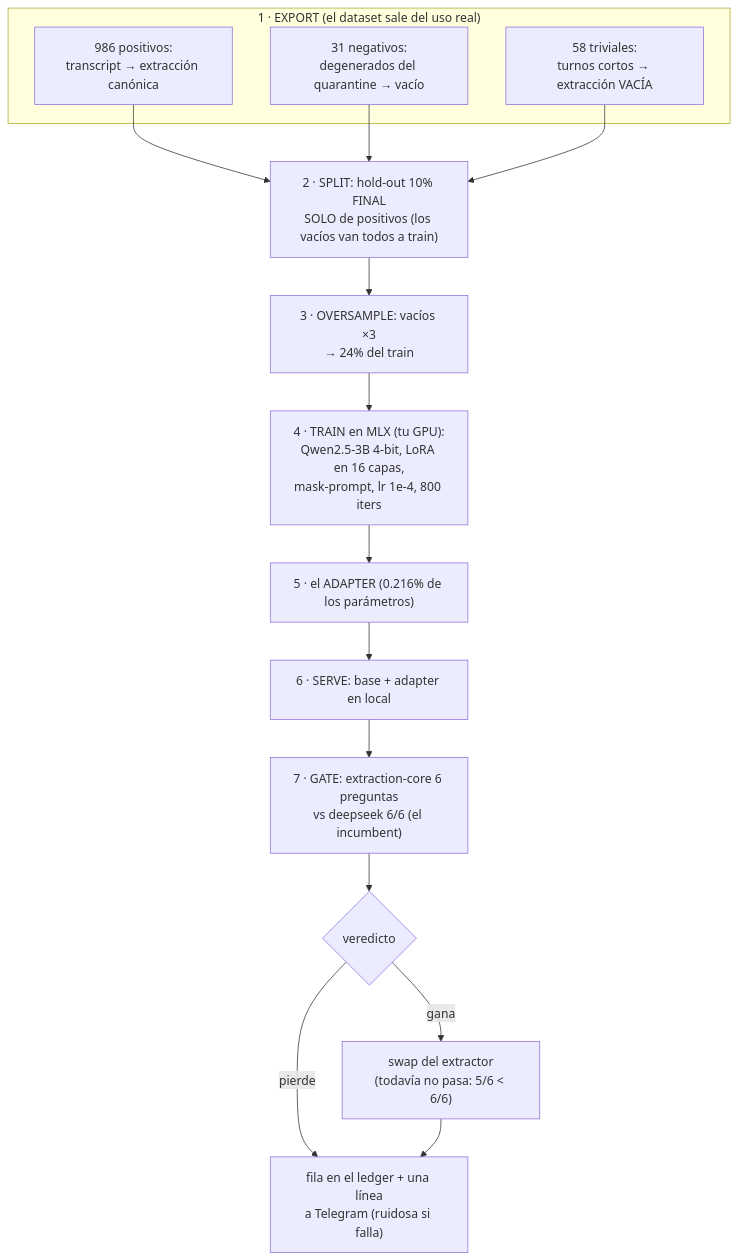
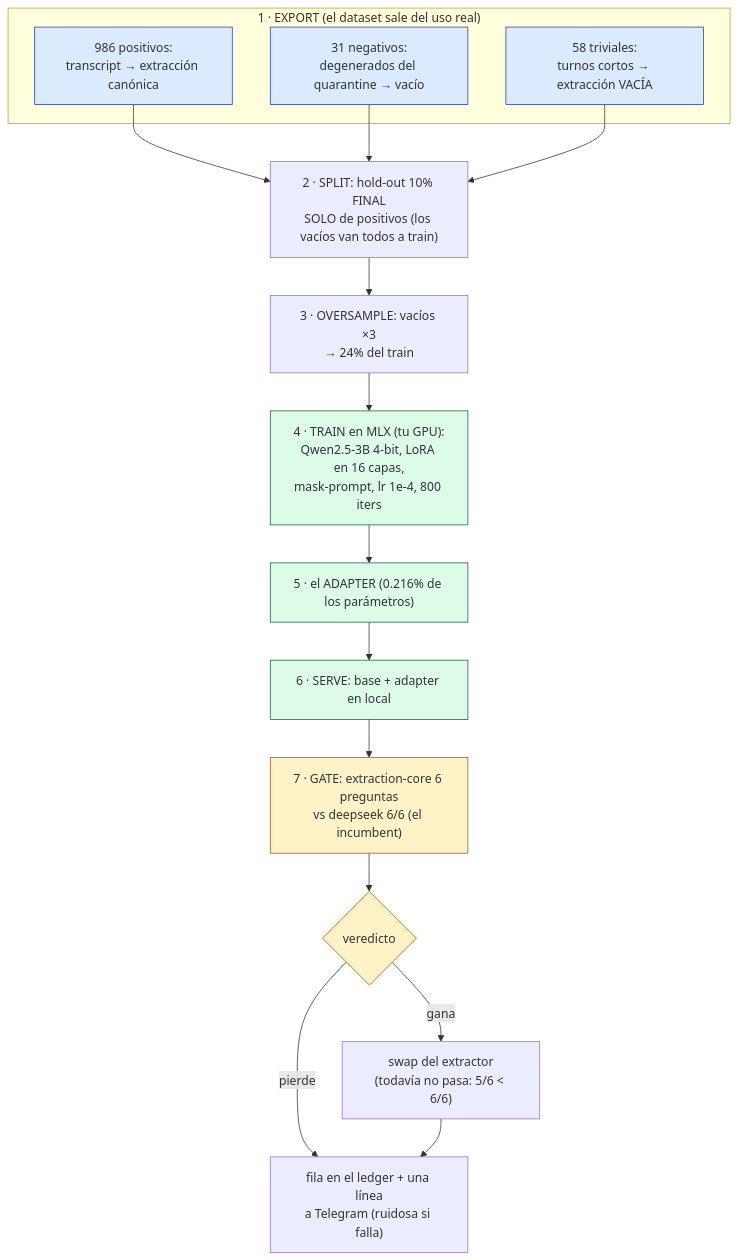
The seventh of 7 diagrams in docs/ai-engineering-mapa-y-diccionario.md (damian-rafael-lattenero/agent-brain), drawn with Mermaid before and after one commit. The commit also changed other lines of this file, not shown here.

````diff
--- a/docs/ai-engineering-mapa-y-diccionario.md
+++ b/docs/ai-engineering-mapa-y-diccionario.md
@@ -384,25 +437,32 @@
 ```mermaid
 flowchart TB
     subgraph export["1 · EXPORT (el dataset sale del uso real)"]
         POS["986 positivos:<br/>transcript → extracción canónica"]
         NEG["31 negativos:<br/>degenerados del quarantine → vacío"]
         TRIV["58 triviales:<br/>turnos cortos → extracción VACÍA"]
     end
     SPLIT["2 · SPLIT: hold-out 10% FINAL<br/>SOLO de positivos (los vacíos van todos a train)"]
     OVER["3 · OVERSAMPLE: vacíos ×3<br/>→ 24% del train"]
     TRAIN["4 · TRAIN en MLX (tu GPU):<br/>Qwen2.5-3B 4-bit, LoRA en 16 capas,<br/>mask-prompt, lr 1e-4, 800 iters"]
     ADPT["5 · el ADAPTER (0.216% de los parámetros)"]
     SERVE["6 · SERVE: base + adapter en local"]
     GATE["7 · GATE: extraction-core 6 preguntas<br/>vs deepseek 6/6 (el incumbent)"]
     VERD{"veredicto"}
     SWAP["swap del extractor<br/>(todavía no pasa: 5/6 < 6/6)"]
     LEDGER["fila en el ledger + una línea<br/>a Telegram (ruidosa si falla)"]
 
     POS --> SPLIT
     NEG --> SPLIT
     TRIV --> SPLIT
     SPLIT --> OVER --> TRAIN --> ADPT --> SERVE --> GATE --> VERD
     VERD -->|"gana"| SWAP
     VERD -->|"pierde"| LEDGER
     SWAP --> LEDGER
+
+    classDef data fill:#dbeafe,stroke:#1e40af
+    classDef model fill:#dcfce7,stroke:#166534
+    classDef gate fill:#fef3c7,stroke:#b45309
+    class POS,NEG,TRIV data
+    class TRAIN,ADPT,SERVE model
+    class GATE,VERD gate
 ```
````
